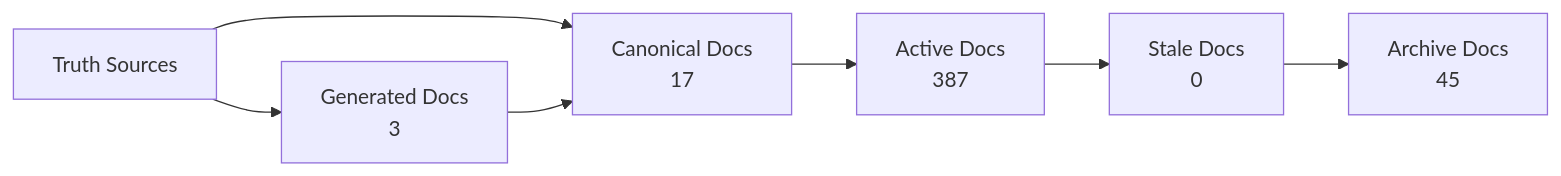
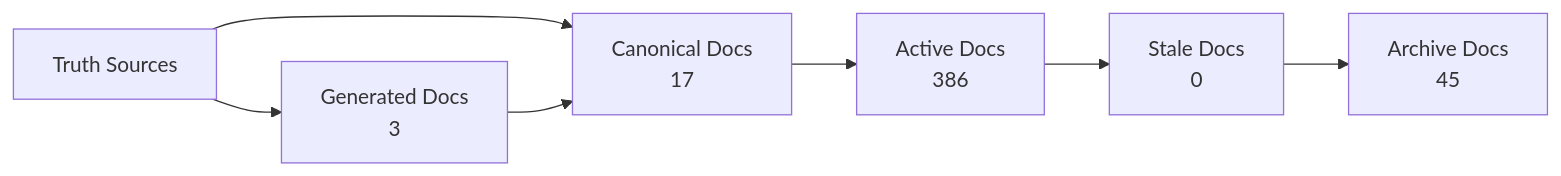
Before and after one commit to Latimer-Woods-Tech/Factory: the diagram in docs/_generated/docs-trust-map.md, drawn with Mermaid. The commit also changed other lines of this file and 16 other files, not shown here.

First line of the commit message:
feat(supervisor): RFC-006 automation flow — status-label sync, fail-loud dedup guards, batch labels

````diff
--- a/docs/_generated/docs-trust-map.md
+++ b/docs/_generated/docs-trust-map.md
@@ -20,14 +20,14 @@
 ```mermaid
 flowchart LR
   truth["Truth Sources"] --> canonical["Canonical Docs"]
   canonical --> active["Active Docs"]
   active --> stale["Stale Docs"]
   stale --> archive["Archive Docs"]
   canonical["Canonical Docs\n17"]
-  active["Active Docs\n387"]
+  active["Active Docs\n386"]
   stale["Stale Docs\n0"]
   archive["Archive Docs\n45"]
   generated["Generated Docs\n3"]
   truth --> generated
   generated --> canonical
 ```
````
